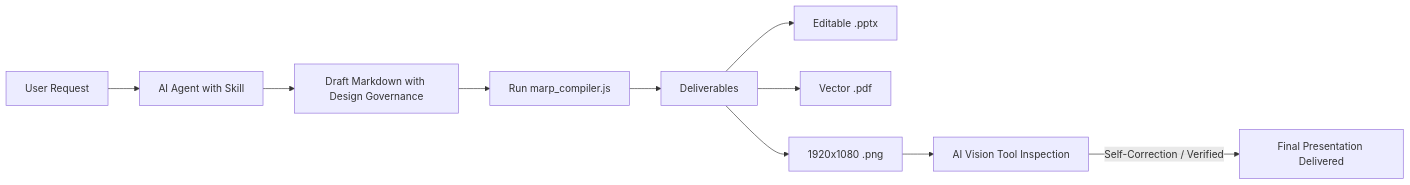
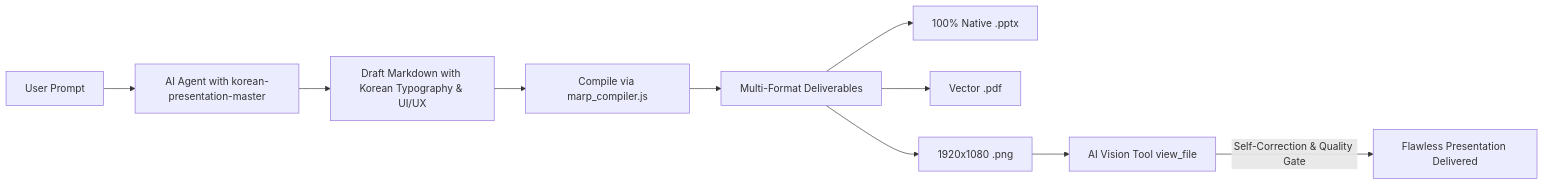
One commit to kez-lab/korean-presentation-skill changed the diagram in README.md. Above: the diagram before and after it, drawn with Mermaid. The commit also changed other lines of this file and 11 other files, not shown here.

Commit message:
feat: brand as Korean Presentation Master AI skill with dedicated Hangul typography matrix

````diff
--- a/README.md
+++ b/README.md
@@ -39,12 +60,12 @@
 ```mermaid
 flowchart LR
-    A[User Request] --> B[AI Agent with Skill]
-    B --> C[Draft Markdown with Design Governance]
-    C --> D[Run marp_compiler.js]
-    D --> E[Deliverables]
-    E --> E1[Editable .pptx]
+    A[User Prompt] --> B[AI Agent with korean-presentation-master]
+    B --> C[Draft Markdown with Korean Typography & UI/UX]
+    C --> D[Compile via marp_compiler.js]
+    D --> E[Multi-Format Deliverables]
+    E --> E1[100% Native .pptx]
     E --> E2[Vector .pdf]
     E --> E3[1920x1080 .png]
-    E3 --> F[AI Vision Tool Inspection]
-    F -->|Self-Correction / Verified| G[Final Presentation Delivered]
+    E3 --> F[AI Vision Tool view_file]
+    F -->|Self-Correction & Quality Gate| G[Flawless Presentation Delivered]
 ```
````
